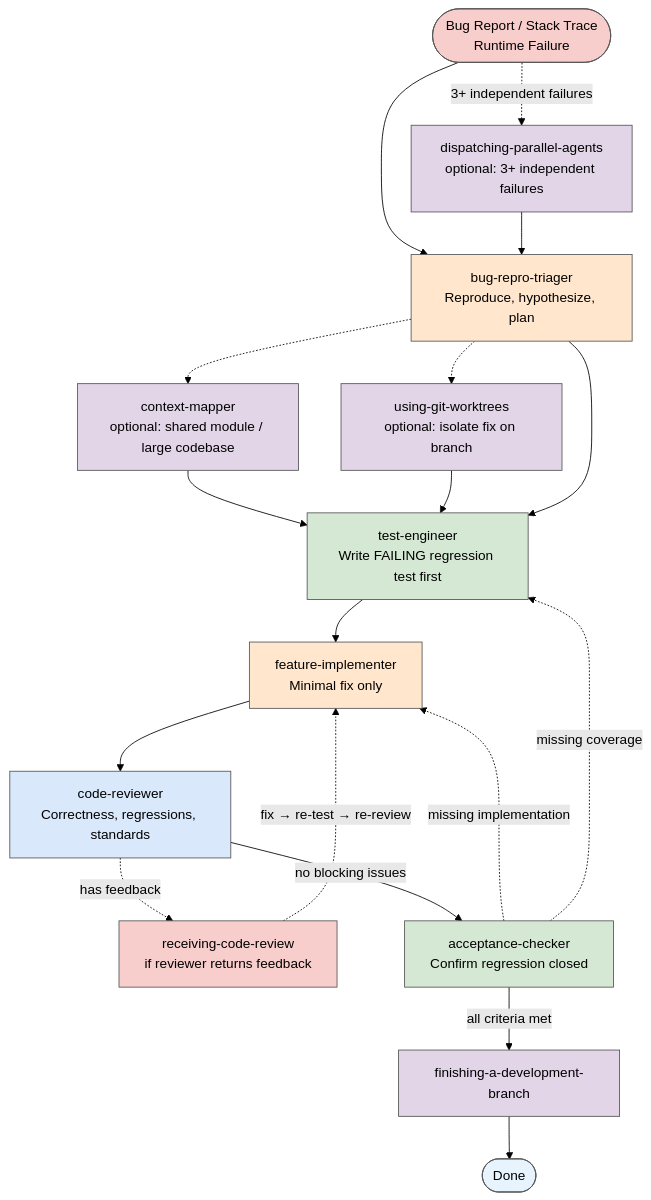
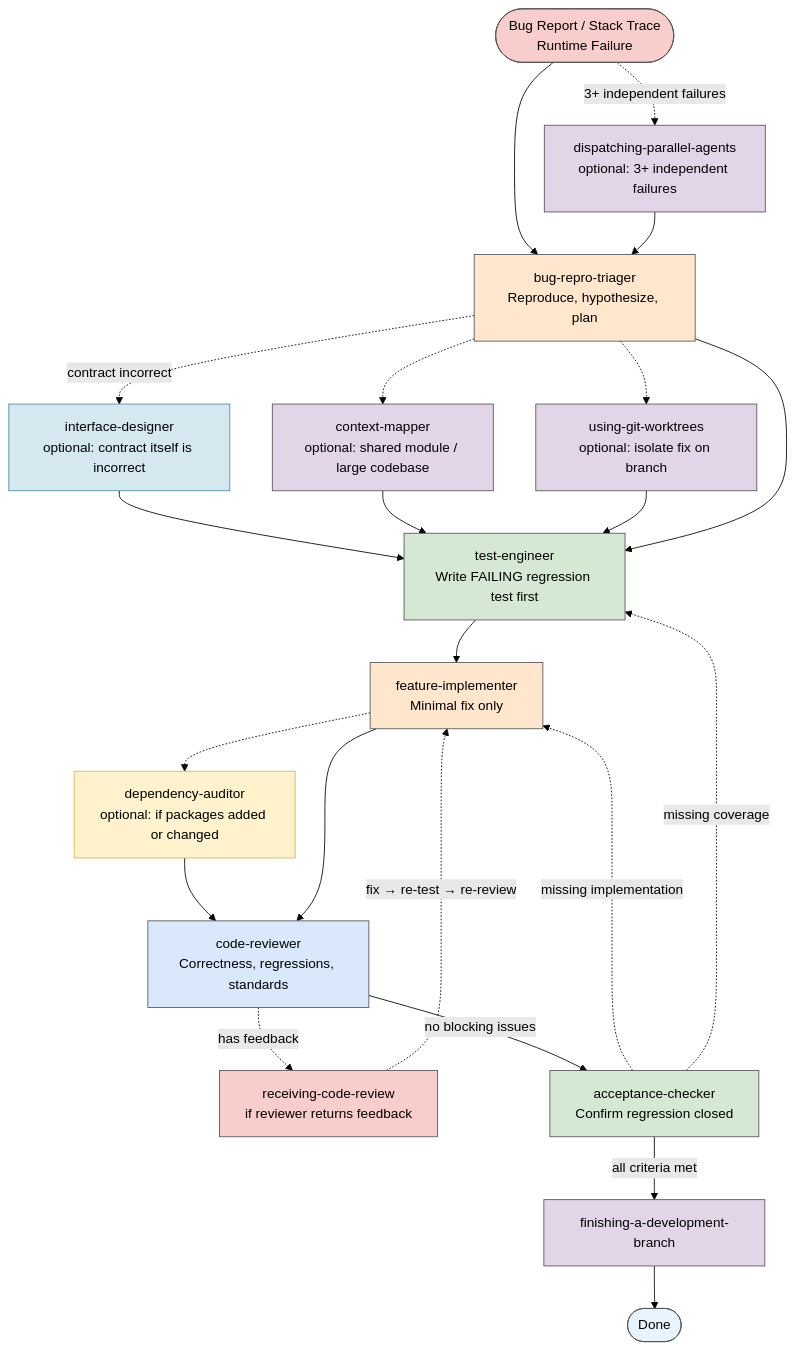
Before and after one commit to yuriyvsavchuk/devflow: the seventh of 13 diagrams in USER-MANUAL.md, drawn with Mermaid (forest theme). The commit also changed other lines of this file and 14 other files, not shown here.

````diff
--- a/USER-MANUAL.md
+++ b/USER-MANUAL.md
@@ -653,41 +772,49 @@
 ```mermaid
 graph TD
     classDef startEnd fill:#F8CECC,stroke:#555
     classDef optional fill:#E1D5E7,stroke:#555
     classDef triage fill:#FFE6CC,stroke:#555
     classDef testing fill:#D5E8D4,stroke:#555
     classDef impl fill:#FFE6CC,stroke:#555
     classDef review fill:#DAE8FC,stroke:#555
     classDef feedback fill:#F8CECC,stroke:#555
     classDef done fill:#E8F4FD,stroke:#555
+    classDef audit fill:#FFF2CC,stroke:#D6B656
+    classDef contract fill:#D5E8F0,stroke:#4A90A4
 
     start([Bug Report / Stack Trace<br/>Runtime Failure]):::startEnd
     parallel[dispatching-parallel-agents<br/>optional: 3+ independent failures]:::optional
     triage[bug-repro-triager<br/>Reproduce, hypothesize, plan]:::triage
+    iface[interface-designer<br/>optional: contract itself is incorrect]:::contract
     mapper[context-mapper<br/>optional: shared module / large codebase]:::optional
     worktree[using-git-worktrees<br/>optional: isolate fix on branch]:::optional
     test[test-engineer<br/>Write FAILING regression test first]:::testing
     impl[feature-implementer<br/>Minimal fix only]:::impl
+    dep_audit[dependency-auditor<br/>optional: if packages added or changed]:::audit
     review[code-reviewer<br/>Correctness, regressions, standards]:::review
     rcr[receiving-code-review<br/>if reviewer returns feedback]:::feedback
     accept[acceptance-checker<br/>Confirm regression closed]:::testing
     finish[finishing-a-development-branch]:::optional
     done([Done]):::done
 
     start -.->|3+ independent failures| parallel
     start --> triage
     parallel --> triage
+    triage -.->|contract incorrect| iface
     triage -.-> mapper & worktree
+    iface --> test
     mapper --> test
     worktree --> test
     triage --> test
     test --> impl
+    impl -.-> dep_audit
+    dep_audit --> review
     impl --> review
     review -.->|has feedback| rcr
     rcr -.->|fix → re-test → re-review| impl
     review -->|no blocking issues| accept
     accept -.->|missing implementation| impl
     accept -.->|missing coverage| test
     accept -->|all criteria met| finish
     finish --> done
 ```
````
